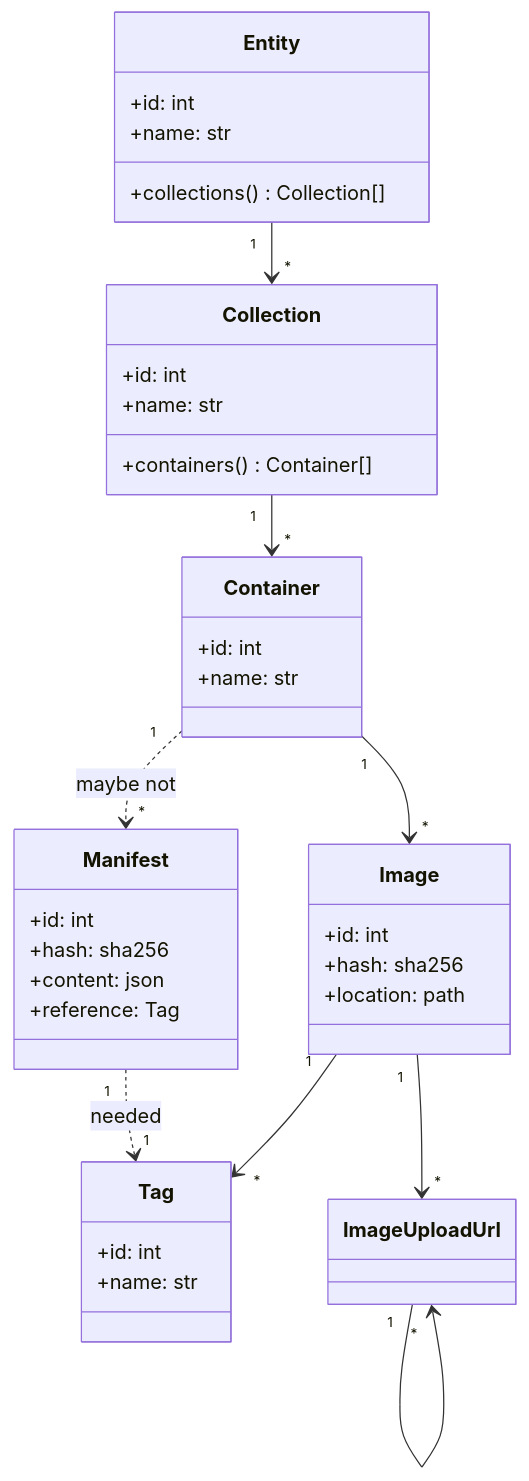
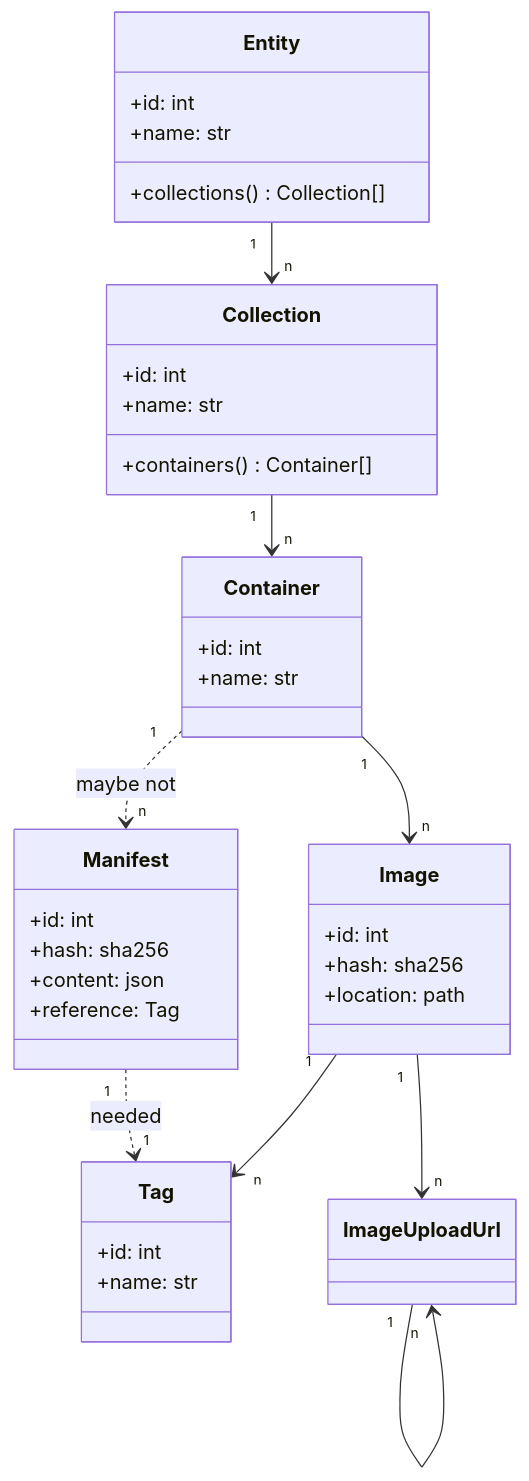
One commit to csf-ngs/hinkskalle changed the diagram in share/doc/model.md. Above: the diagram before and after it, drawn with Mermaid.

````diff
--- a/share/doc/model.md
+++ b/share/doc/model.md
@@ -3,41 +3,41 @@
 ```mermaid
 classDiagram
-  Entity "1" --> "*" Collection
-  Collection "1" --> "*" Container
-  Container "1" ..> "*" Manifest : maybe not 
-  Container "1" --> "*" Image
-  Image "1" --> "*" Tag
-  Image "1" --> "*" ImageUploadUrl
-  ImageUploadUrl "1" --> "*" ImageUploadUrl
+  Entity "1" --> "n" Collection
+  Collection "1" --> "n" Container
+  Container "1" ..> "n" Manifest : maybe not 
+  Container "1" --> "n" Image
+  Image "1" --> "n" Tag
+  Image "1" --> "n" ImageUploadUrl
+  ImageUploadUrl "1" --> "n" ImageUploadUrl
   Manifest "1" ..> "1" Tag : needed
 
   class Entity {
     +id: int
     +name: str
     +collections() Collection[]
   }
   class Collection {
     +id: int
     +name: str
     +containers() Container[]
   }
   class Container {
     +id: int
     +name: str
   }
   class Image {
     +id: int
     +hash: sha256
     +location: path
   }
   class Tag {
     +id: int
     +name: str
   }
   class Manifest {
     +id: int
     +hash: sha256
     +content: json
     +reference: Tag
   }
 ```
````
